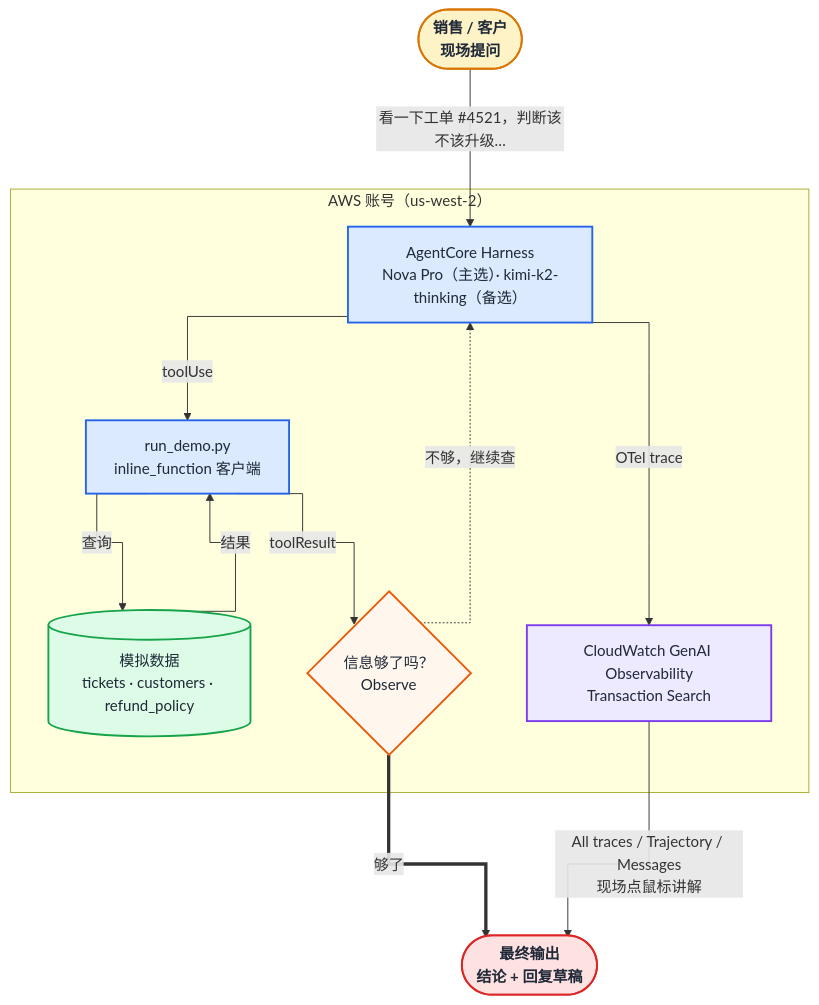
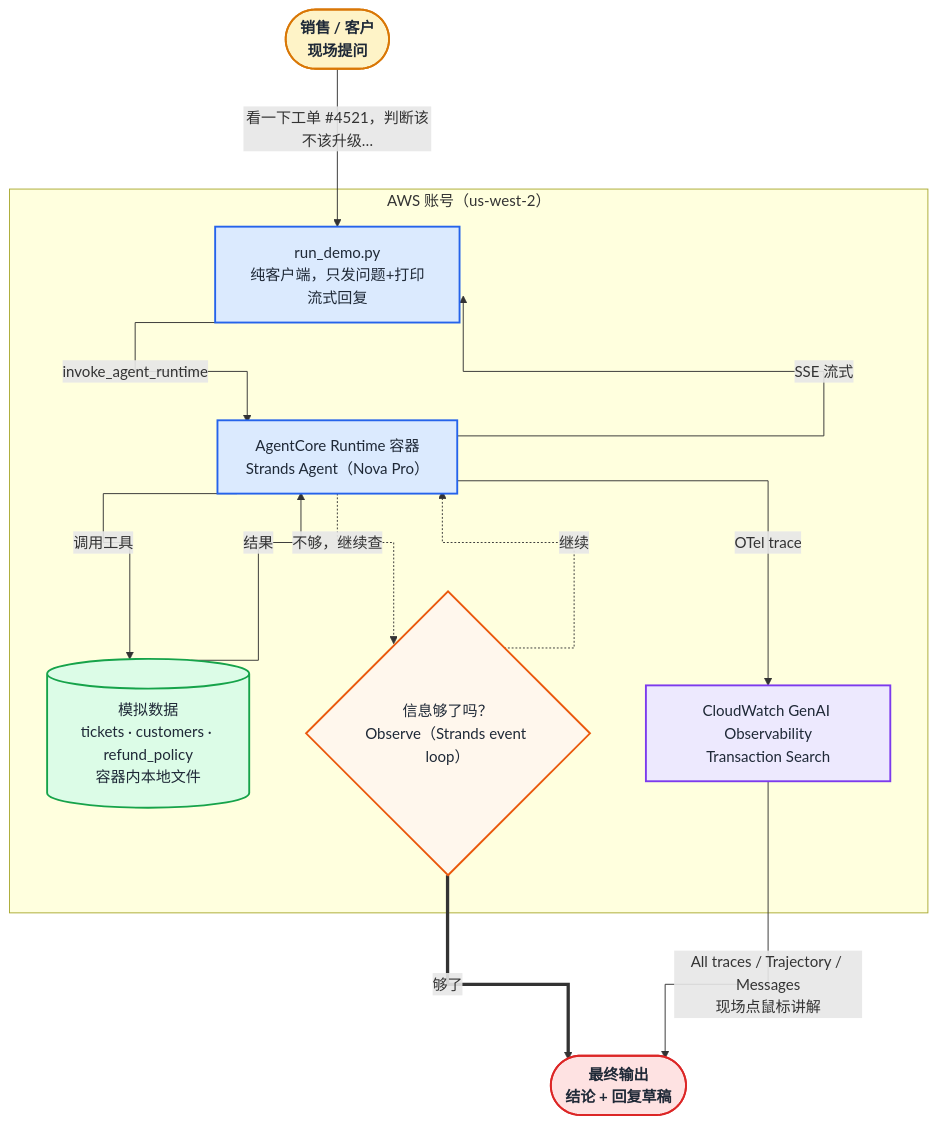
One commit to toreydai/agentic-loop-sales-demo changed the diagram in docs/architecture.md. Above: the diagram before and after it, drawn with Mermaid. The commit also changed other lines of this file and 17 other files, not shown here.

First line of the commit message:
将 AgentCore Harness 方案改造为 Runtime + Strands Agents SDK 方案

````diff
--- a/docs/architecture.md
+++ b/docs/architecture.md
@@ -41,38 +51,39 @@
 ```mermaid
 %%{init: {'flowchart': {'curve': 'stepAfter', 'nodeSpacing': 60, 'rankSpacing': 80}}}%%
 graph TD
     Sales(["销售 / 客户<br/>现场提问"])
-    Sales -->|"看一下工单 #4521，判断该不该升级…"| Harness
+    Sales -->|"看一下工单 #4521，判断该不该升级…"| Client
 
     subgraph AWS["AWS 账号（us-west-2）"]
-        Harness["AgentCore Harness<br/>Nova Pro（主选）· kimi-k2-thinking（备选）"]
-        Client["run_demo.py<br/>inline_function 客户端"]
-        Data[("模拟数据<br/>tickets · customers · refund_policy")]
-        Observe{"信息够了吗？<br/>Observe"}
+        Client["run_demo.py<br/>纯客户端，只发问题+打印流式回复"]
+        Runtime["AgentCore Runtime 容器<br/>Strands Agent（Nova Pro）"]
+        Data[("模拟数据<br/>tickets · customers · refund_policy<br/>容器内本地文件")]
+        Observe{"信息够了吗？<br/>Observe（Strands event loop）"}
         CW["CloudWatch GenAI Observability<br/>Transaction Search"]
 
-        Harness -->|toolUse| Client
-        Client -->|查询| Data
-        Data -->|结果| Client
-        Client -->|toolResult| Observe
-        Observe -.->|不够，继续查| Harness
-        Harness -->|OTel trace| CW
+        Client -->|invoke_agent_runtime| Runtime
+        Runtime -->|调用工具| Data
+        Data -->|结果| Runtime
+        Runtime -.->|不够，继续查| Observe
+        Observe -.->|继续| Runtime
+        Runtime -->|OTel trace| CW
     end
 
     Observe ==>|够了| Result(["最终输出<br/>结论 + 回复草稿"])
+    Runtime -->|SSE 流式| Client
     CW -->|"All traces / Trajectory / Messages<br/>现场点鼠标讲解"| Result
 
     classDef actor fill:#fef3c7,stroke:#d97706,stroke-width:2px,color:#1f2937,font-weight:bold;
     classDef compute fill:#dbeafe,stroke:#2563eb,stroke-width:2px,color:#1f2937;
     classDef datastore fill:#dcfce7,stroke:#16a34a,stroke-width:2px,color:#1f2937;
     classDef observability fill:#ede9fe,stroke:#7c3aed,stroke-width:2px,color:#1f2937;
     classDef result fill:#fee2e2,stroke:#dc2626,stroke-width:2px,color:#1f2937,font-weight:bold;
     classDef decision fill:#fff7ed,stroke:#ea580c,stroke-width:2px,color:#1f2937;
 
     class Sales actor;
-    class Harness,Client compute;
+    class Runtime,Client compute;
     class Data datastore;
     class CW observability;
     class Result result;
     class Observe decision;
 ```
````
